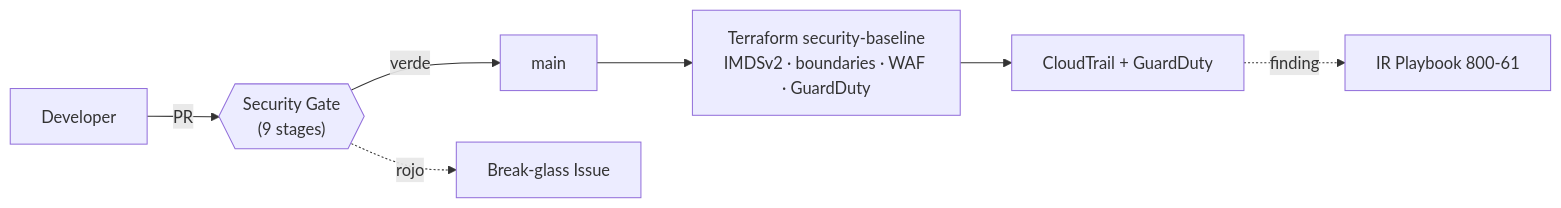
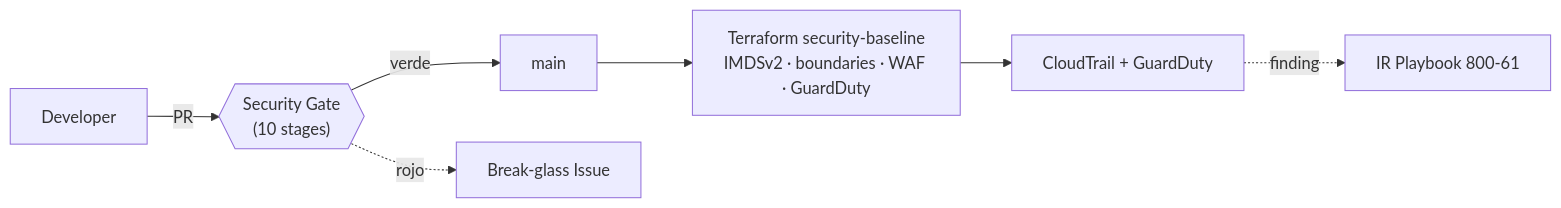
The diagram in README.md (Juan1202/fleetsec-secops), drawn with Mermaid before and after one commit. The commit also changed other lines of this file and 2 other files, not shown here.

````diff
--- a/README.md
+++ b/README.md
@@ -110,9 +110,9 @@
 ```mermaid
 flowchart LR
-  DEV[Developer] -->|PR| CI{{"Security Gate<br/>(9 stages)"}}
+  DEV[Developer] -->|PR| CI{{"Security Gate<br/>(10 stages)"}}
   CI -->|verde| MAIN[main]
   CI -.->|rojo| BG[Break-glass Issue]
   MAIN --> BASE["Terraform security-baseline<br/>IMDSv2 · boundaries · WAF · GuardDuty"]
   BASE --> DET[CloudTrail + GuardDuty]
   DET -.->|finding| IR[IR Playbook 800-61]
 ```
````
